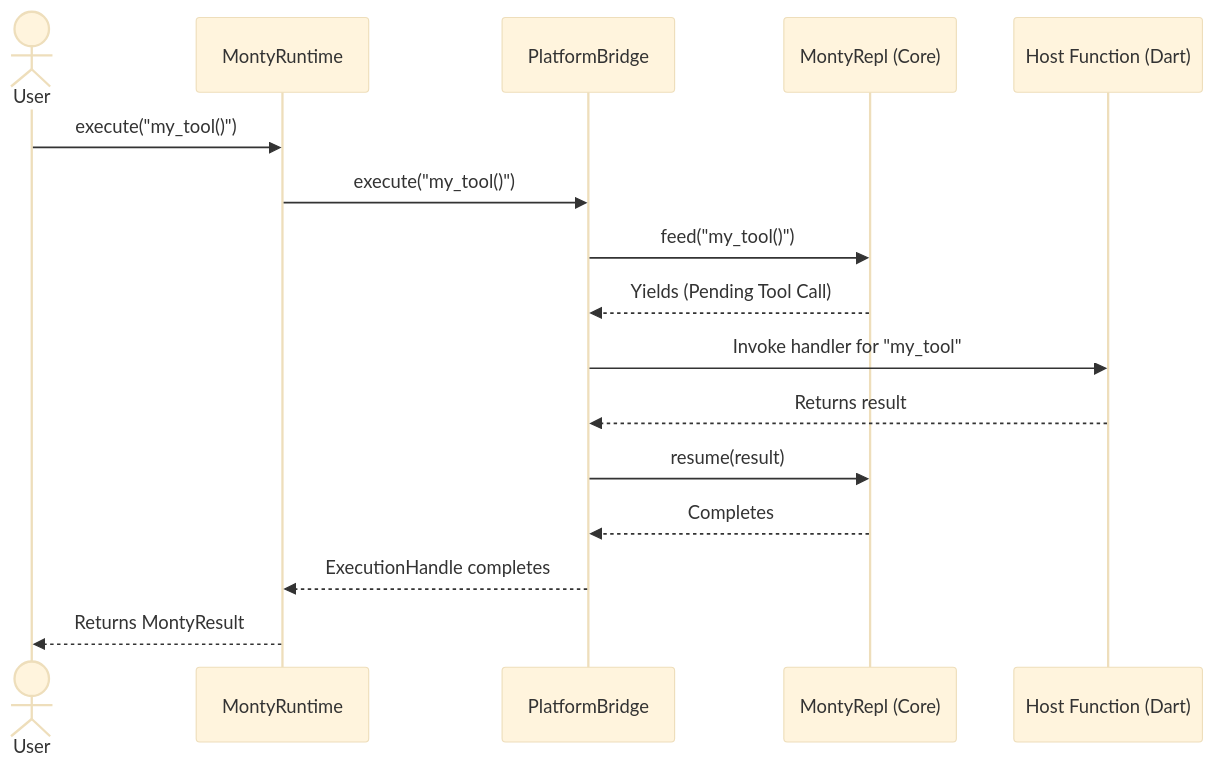
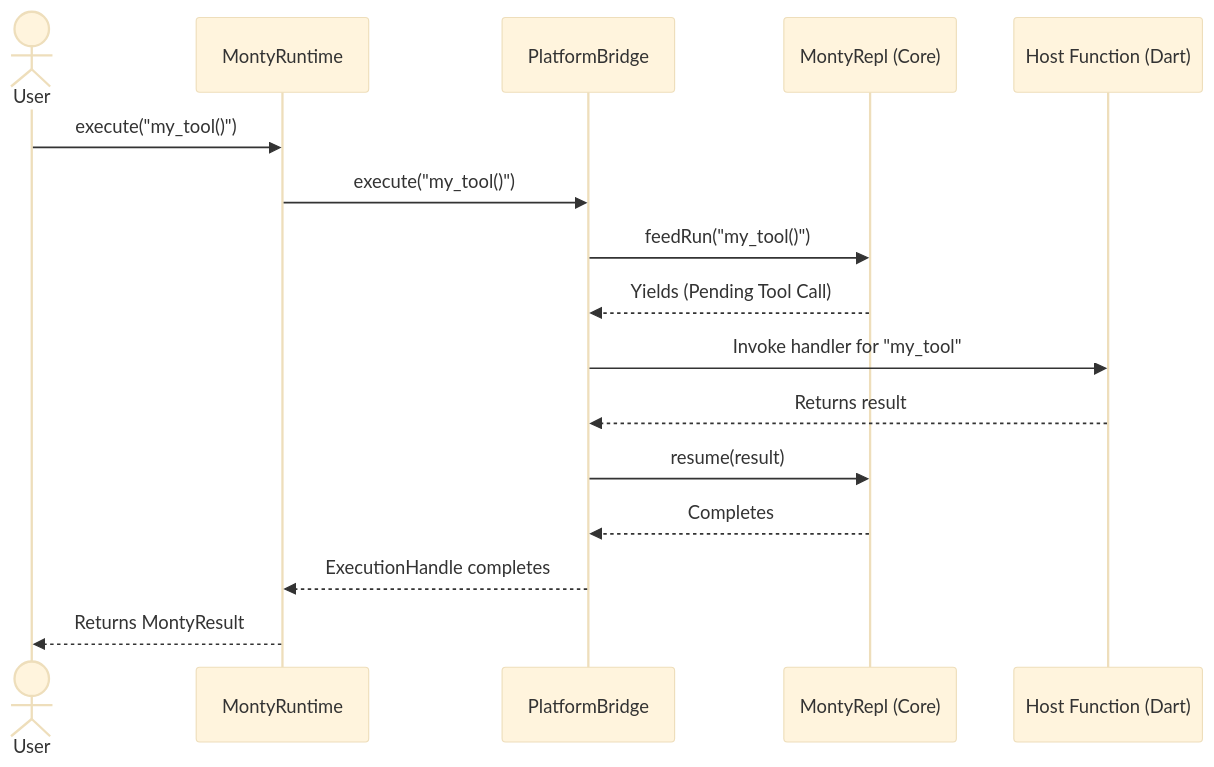
The third of 3 diagrams in docs/architecture/overview.md (runyaga/dart_monty), drawn with Mermaid (base theme) before and after one commit. The commit also changed other lines of this file and 12 other files, not shown here.

````diff
--- a/docs/architecture/overview.md
+++ b/docs/architecture/overview.md
@@ -73,19 +73,19 @@
 ```mermaid
 sequenceDiagram
     actor User
     participant RT as MontyRuntime
     participant PB as PlatformBridge
     participant MR as MontyRepl (Core)
     participant HF as Host Function (Dart)
 
     User->>RT: execute("my_tool()")
     RT->>PB: execute("my_tool()")
-    PB->>MR: feed("my_tool()")
+    PB->>MR: feedRun("my_tool()")
     MR-->>PB: Yields (Pending Tool Call)
     PB->>HF: Invoke handler for "my_tool"
     HF-->>PB: Returns result
     PB->>MR: resume(result)
     MR-->>PB: Completes
     PB-->>RT: ExecutionHandle completes
     RT-->>User: Returns MontyResult
 ```
````
